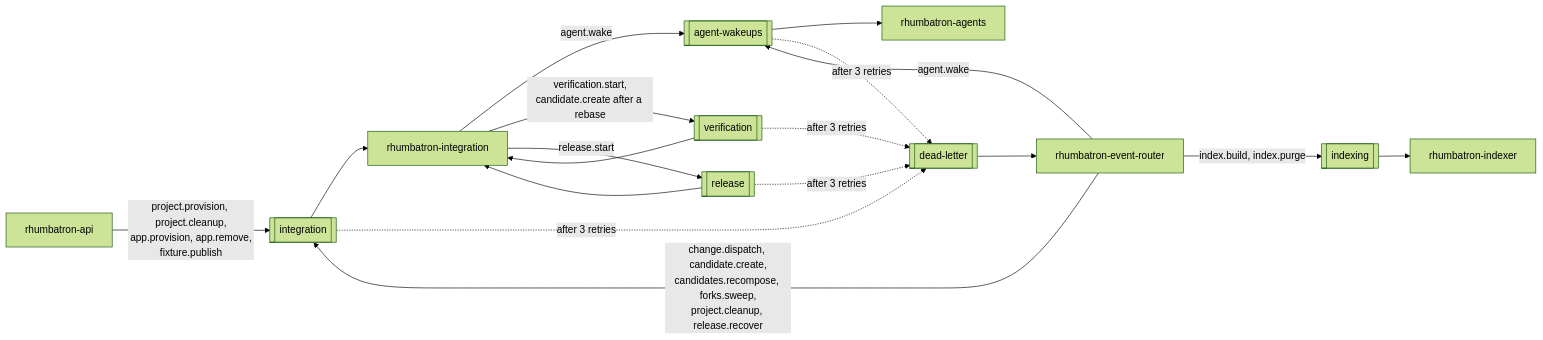
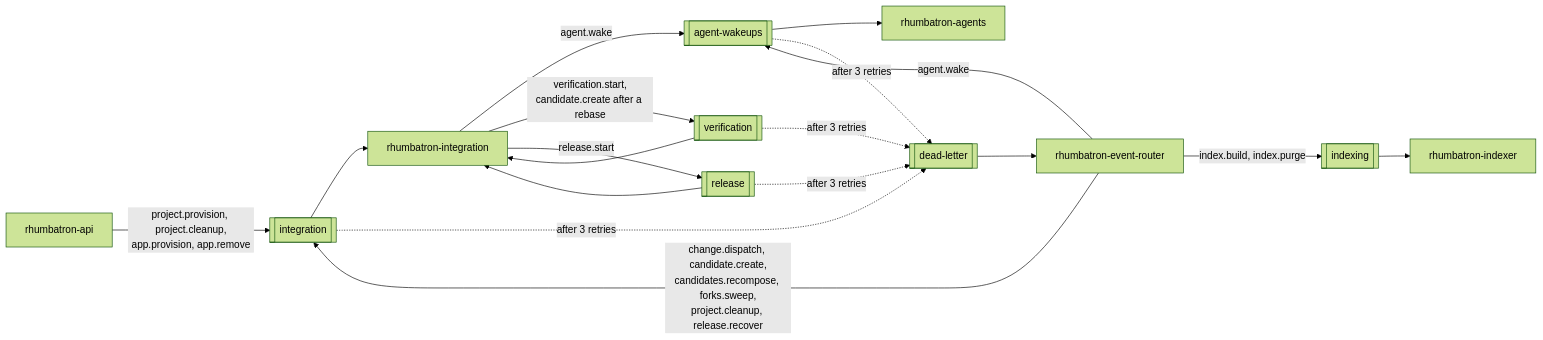
The fifth of 7 diagrams in docs/architecture/events-and-commands.md (nsudhanva/rhumbatron), drawn with Mermaid (forest theme) before and after one commit. The commit also changed 217 other files, not shown here.

````diff
--- a/docs/architecture/events-and-commands.md
+++ b/docs/architecture/events-and-commands.md
@@ -163,29 +163,29 @@
 ```mermaid
 flowchart LR
   API["rhumbatron-api"]
   ER["rhumbatron-event-router"]
   INT["rhumbatron-integration"]
   WQ[["agent-wakeups"]]
   IQ[["integration"]]
   XQ[["indexing"]]
   VQ[["verification"]]
   RQ[["release"]]
   DLQ[["dead-letter"]]
   AG["rhumbatron-agents"]
   IDX["rhumbatron-indexer"]
 
   INT -->|"agent.wake"| WQ
   ER -->|"agent.wake"| WQ
   ER -->|"change.dispatch, candidate.create,<br/>candidates.recompose, forks.sweep,<br/>project.cleanup, release.recover"| IQ
-  API -->|"project.provision, project.cleanup,<br/>app.provision, app.remove,<br/>fixture.publish"| IQ
+  API -->|"project.provision, project.cleanup,<br/>app.provision, app.remove"| IQ
   ER -->|"index.build, index.purge"| XQ
   INT -->|"verification.start,<br/>candidate.create after a rebase"| VQ
   INT -->|"release.start"| RQ
   WQ --> AG
   IQ --> INT
   VQ --> INT
   RQ --> INT
   XQ --> IDX
   WQ & IQ & VQ & RQ -.->|"after 3 retries"| DLQ
   DLQ --> ER
 ```
````
